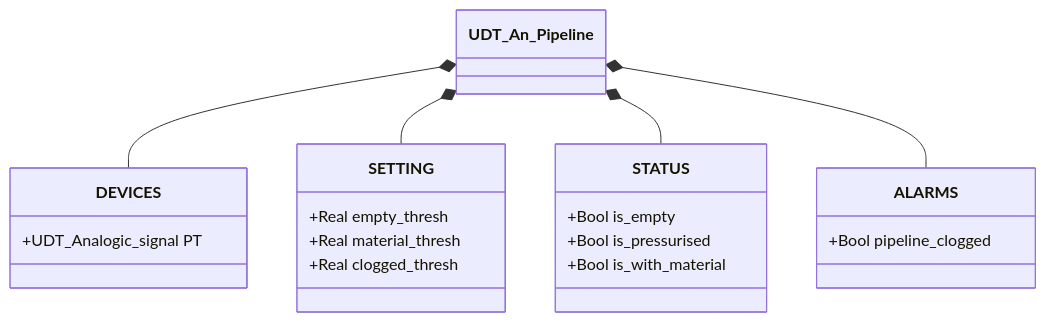
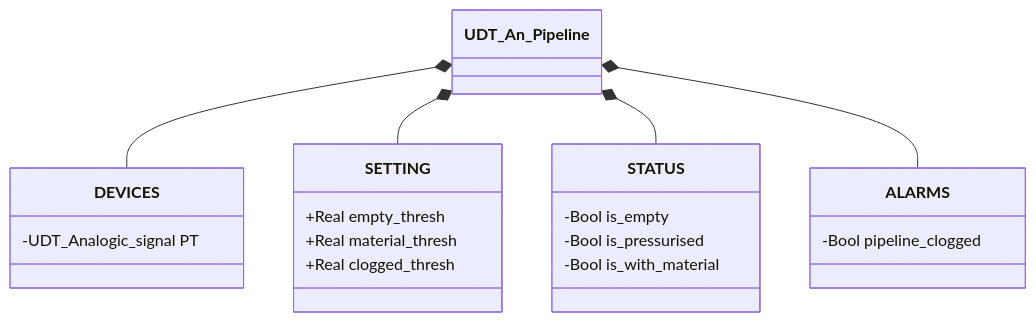
Before and after one commit to AleFire99/TIA_knowledge: the diagram in docs/it/library/pipeline/analogic/index.md, drawn with Mermaid. The commit also changed other lines of this file and 14 other files, not shown here.

````diff
--- a/docs/it/library/pipeline/analogic/index.md
+++ b/docs/it/library/pipeline/analogic/index.md
@@ -64,24 +11,24 @@
 ```mermaid
 classDiagram
     class UDT_An_Pipeline
     class DEVICES {
-        +UDT_Analogic_signal PT
+        -UDT_Analogic_signal PT
     }
     class SETTING {
         +Real empty_thresh
         +Real material_thresh
         +Real clogged_thresh
     }
     class STATUS {
-        +Bool is_empty
-        +Bool is_pressurised
-        +Bool is_with_material
+        -Bool is_empty
+        -Bool is_pressurised
+        -Bool is_with_material
     }
     class ALARMS {
-        +Bool pipeline_clogged
+        -Bool pipeline_clogged
     }
     UDT_An_Pipeline *-- DEVICES
     UDT_An_Pipeline *-- SETTING
     UDT_An_Pipeline *-- STATUS
     UDT_An_Pipeline *-- ALARMS
 ```
````
